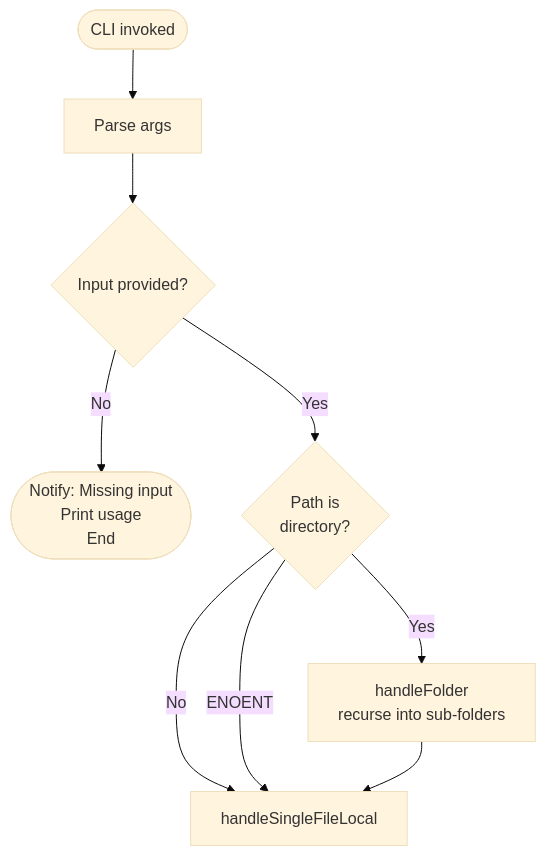
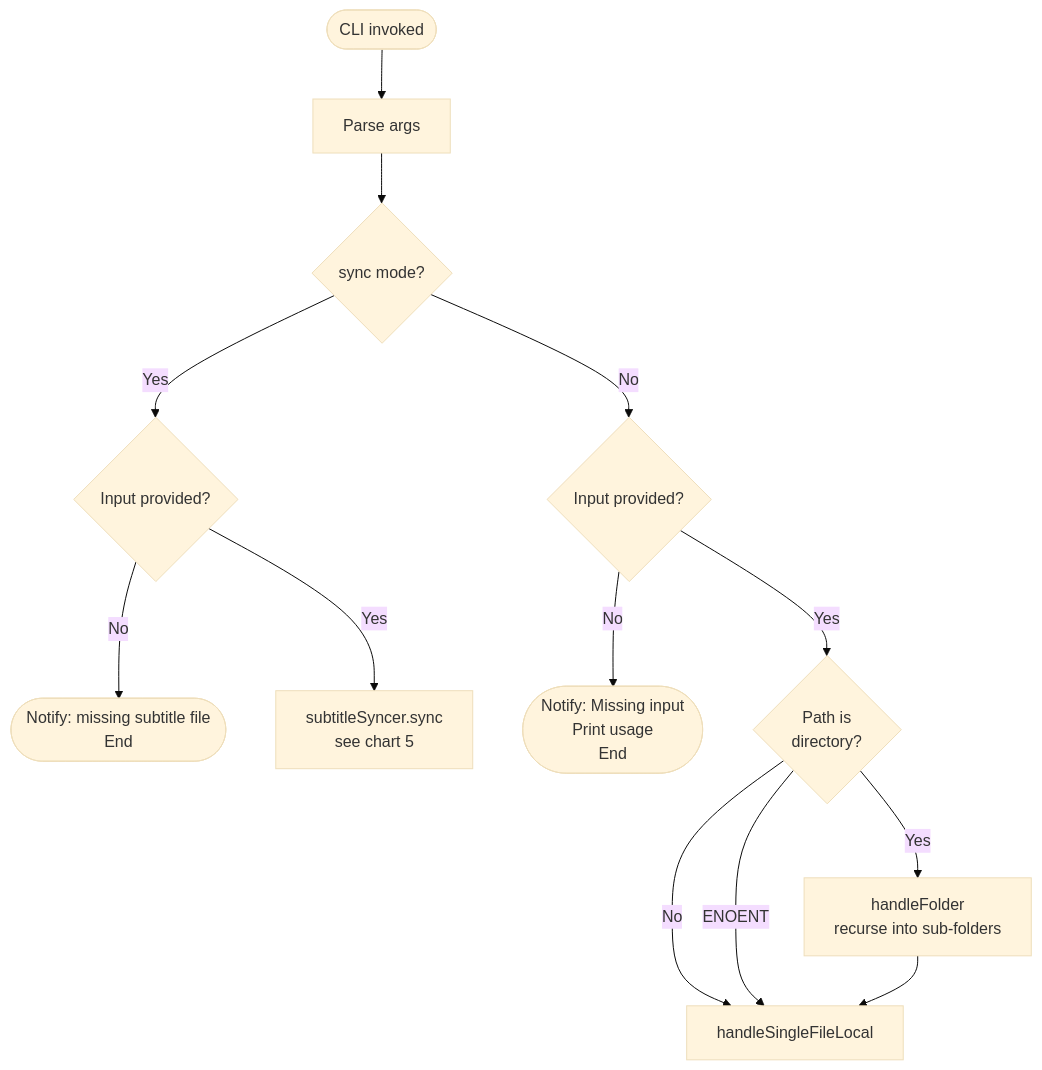
One commit to yoavain/screwzira-subtitle-downloader changed the first of 8 diagrams in docs/flow-charts.md. Above: the diagram before and after it, drawn with Mermaid (base theme). The commit also changed other lines of this file and 38 other files, not shown here.

````diff
--- a/docs/flow-charts.md
+++ b/docs/flow-charts.md
@@ -9,11 +18,15 @@
 ```mermaid
 flowchart TD
     A([CLI invoked]) --> B[Parse args]
-    B --> C{Input provided?}
-    C -- No --> C1([Notify: Missing input\nPrint usage\nEnd])
-    C -- Yes --> D{Path is\ndirectory?}
-    D -- Yes --> E[handleFolder\nrecurse into sub-folders]
+    B --> S{sync mode?}
+    S -- Yes --> S1{Input provided?}
+    S1 -- No --> S2([Notify: missing subtitle file<br/>End])
+    S1 -- Yes --> S3[subtitleSyncer.sync<br/>see chart 5]
+    S -- No --> C{Input provided?}
+    C -- No --> C1([Notify: Missing input<br/>Print usage<br/>End])
+    C -- Yes --> D{Path is<br/>directory?}
+    D -- Yes --> E[handleFolder<br/>recurse into sub-folders]
     D -- No --> F[handleSingleFileLocal]
     D -- ENOENT --> F
     E --> F
 ```
````
